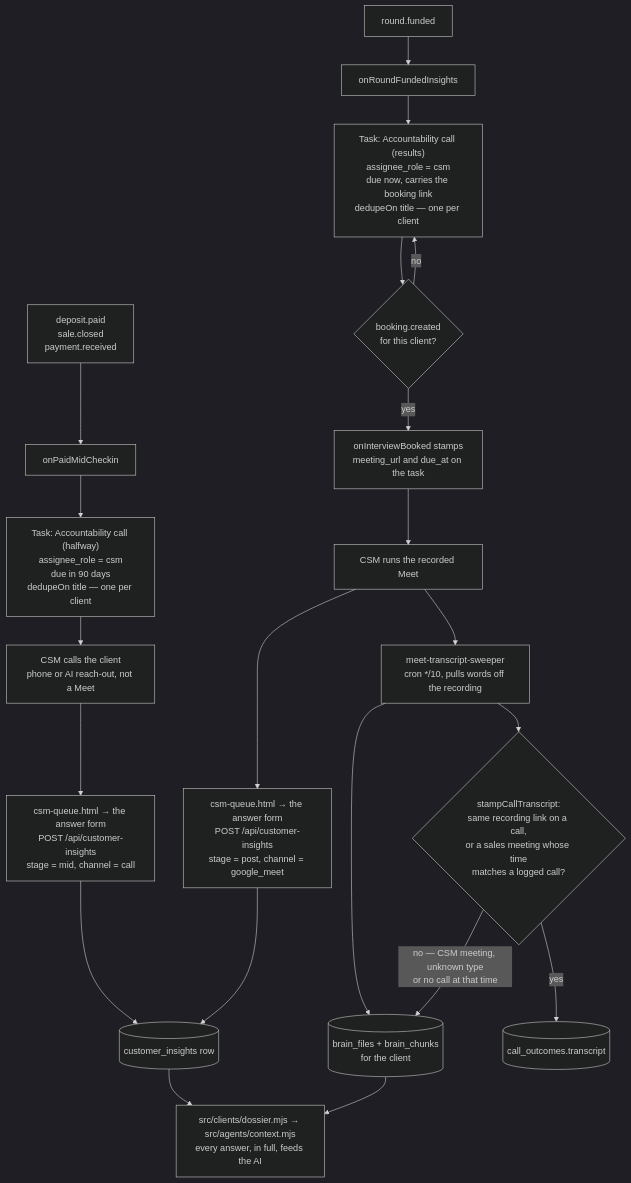
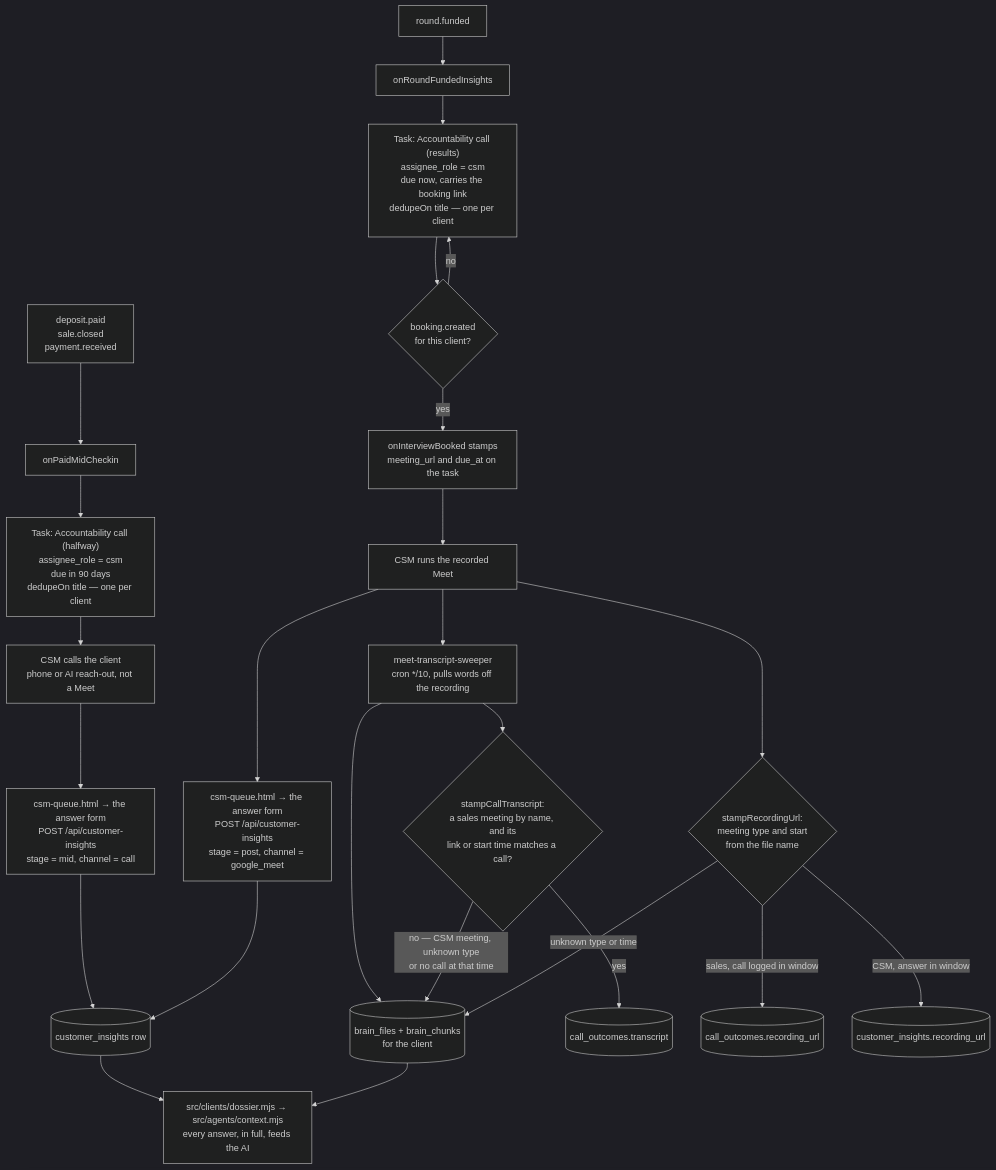
Before and after one commit to ZootimusMaximusSupreme/Fundhub_ai: the first of 3 diagrams in docs/journeys/role-csm-actual.md, drawn with Mermaid (dark theme). The commit also changed other lines of this file and 10 other files, not shown here.

````diff
--- a/docs/journeys/role-csm-actual.md
+++ b/docs/journeys/role-csm-actual.md
@@ -31,25 +31,29 @@
 ```mermaid
 flowchart TD
     A["deposit.paid<br/>sale.closed<br/>payment.received"] --> B[onPaidMidCheckin]
     B --> C["Task: Accountability call (halfway)<br/>assignee_role = csm<br/>due in 90 days<br/>dedupeOn title — one per client"]
     C --> D[CSM calls the client<br/>phone or AI reach-out, not a Meet]
 
     E[round.funded] --> F[onRoundFundedInsights]
     F --> G["Task: Accountability call (results)<br/>assignee_role = csm<br/>due now, carries the booking link<br/>dedupeOn title — one per client"]
     G --> H{booking.created<br/>for this client?}
     H -->|yes| I[onInterviewBooked stamps<br/>meeting_url and due_at on the task]
     H -->|no| G
     I --> J[CSM runs the recorded Meet]
 
     D --> K["csm-queue.html → the answer form<br/>POST /api/customer-insights<br/>stage = mid, channel = call"]
     J --> L["csm-queue.html → the answer form<br/>POST /api/customer-insights<br/>stage = post, channel = google_meet"]
     K --> M[(customer_insights row)]
     L --> M
     M --> N[src/clients/dossier.mjs → src/agents/context.mjs<br/>every answer, in full, feeds the AI]
     J --> O[meet-transcript-sweeper<br/>cron */10, pulls words off the recording]
     O --> P[(brain_files + brain_chunks<br/>for the client)]
-    O --> Q{stampCallTranscript:<br/>same recording link on a call,<br/>or a sales meeting whose time<br/>matches a logged call?}
+    O --> Q{stampCallTranscript:<br/>a sales meeting by name, and its<br/>link or start time matches a call?}
     Q -->|yes| R[(call_outcomes.transcript)]
     Q -->|"no — CSM meeting, unknown type<br/>or no call at that time"| P
+    J --> S{stampRecordingUrl:<br/>meeting type and start<br/>from the file name}
+    S -->|sales, call logged in window| T[(call_outcomes.recording_url)]
+    S -->|CSM, answer in window| U[(customer_insights.recording_url)]
+    S -->|unknown type or time| P
     P --> N
 ```
````
